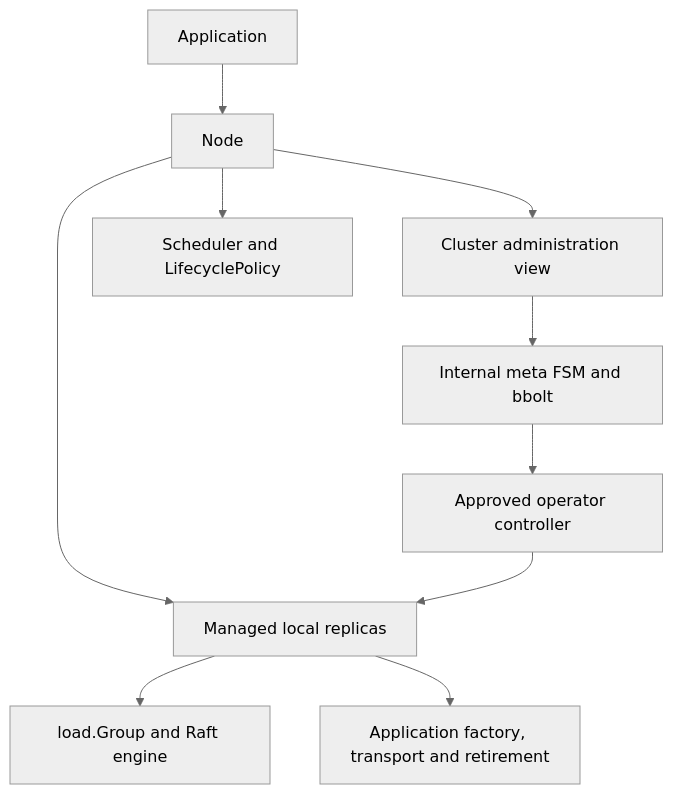
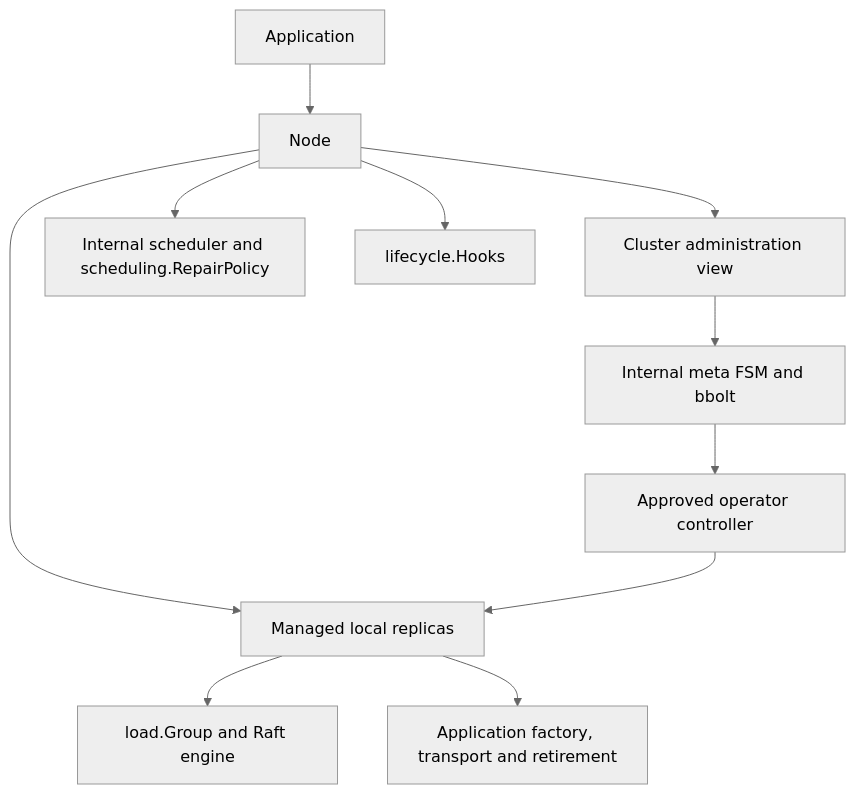
The diagram in docs/architecture/library.md (asalimonov/gquorum), drawn with Mermaid (neutral theme) before and after one commit. The commit also changed other lines of this file and 654 other files, not shown here.

````diff
--- a/docs/architecture/library.md
+++ b/docs/architecture/library.md
@@ -16,12 +17,13 @@
 ```mermaid
 flowchart TD
     Application --> Node
     Node --> Cluster[Cluster administration view]
     Node --> Host[Managed local replicas]
     Cluster --> Meta[Internal meta FSM and bbolt]
     Meta --> Controller[Approved operator controller]
     Controller --> Host
     Host --> Group[load.Group and Raft engine]
     Host --> Integration[Application factory, transport and retirement]
-    Node --> Policies[Scheduler and LifecyclePolicy]
+    Node --> Scheduler[Internal scheduler and scheduling.RepairPolicy]
+    Node --> Lifecycle[lifecycle.Hooks]
 ```
````
